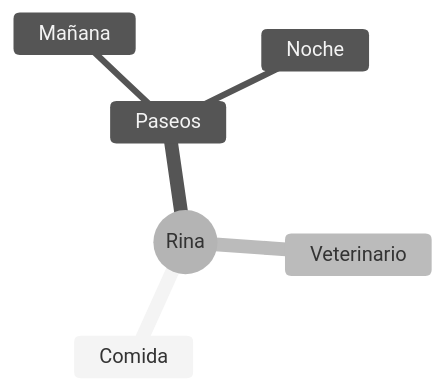
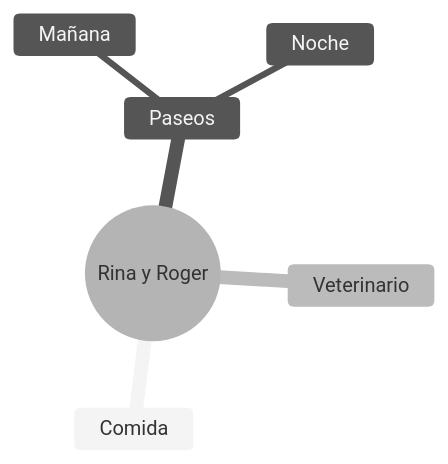
The ninth of 13 diagrams in app/src-tauri/resources/guide/es/muestra.md (rgdevment/Tisty), drawn with Mermaid (neutral theme) before and after one commit. The commit also changed other lines of this file and 4 other files, not shown here.

Commit message:
docs(guide): what Rina and Roger share names them both, while each keeps their own card and photo

````diff
--- a/app/src-tauri/resources/guide/es/muestra.md
+++ b/app/src-tauri/resources/guide/es/muestra.md
@@ -185,9 +185,9 @@
 ```mermaid
 mindmap
-  root((Rina))
+  root((Rina y Roger))
     Comida
     Paseos
       Mañana
       Noche
     Veterinario
 ```
````
